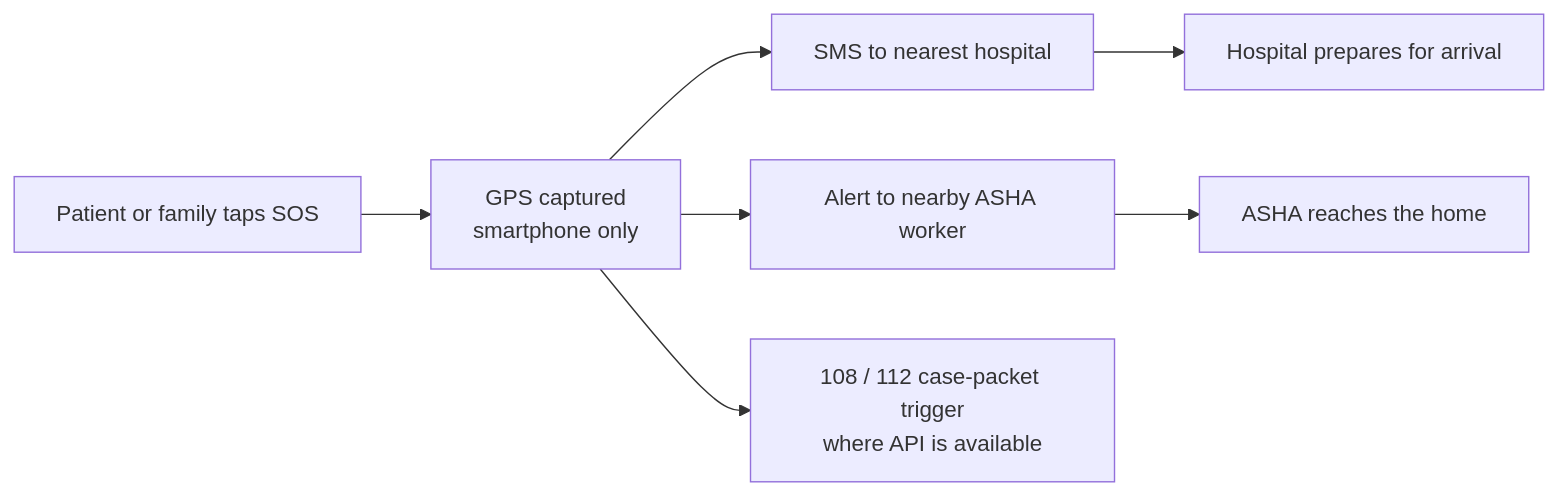
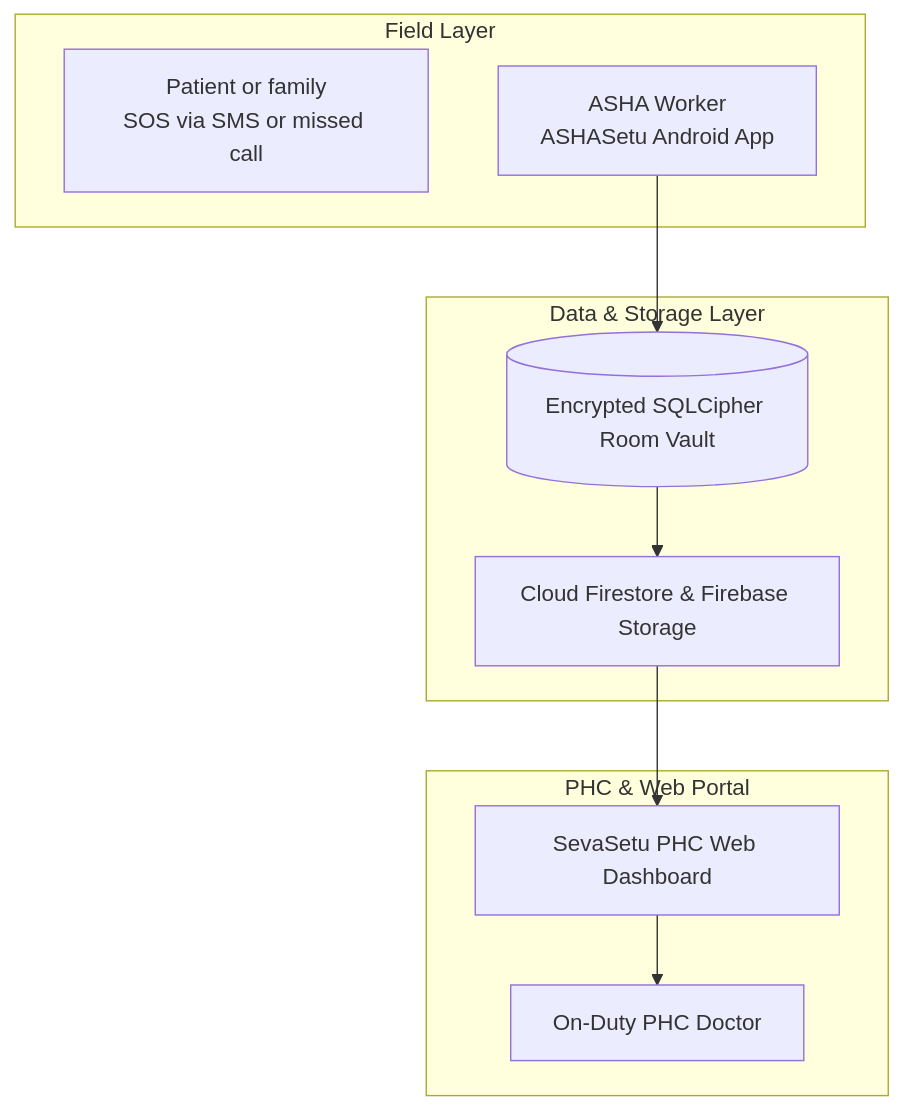
Before and after one commit to Yokesveren/SevaSetu-Team_Byteclub: the diagram in README.md, drawn with Mermaid. The commit also changed other lines of this file and 1 other file, not shown here.

Commit message:
docs: add APK download link, UI screenshots showcase, and field operating manual for ASHASetu Android app

````diff
--- a/README.md
+++ b/README.md
@@ -152,9 +238,19 @@
 ```mermaid
-flowchart LR
-    A["Patient or family taps SOS"] --> B["GPS captured<br/>smartphone only"]
-    B --> C["SMS to nearest hospital"]
-    B --> D["Alert to nearby ASHA worker"]
-    B --> E["108 / 112 case-packet trigger<br/>where API is available"]
-    C --> F["Hospital prepares for arrival"]
-    D --> G["ASHA reaches the home"]
+flowchart TD
+    subgraph FIELD["Field Layer"]
+        PAT["Patient or family<br/>SOS via SMS or missed call"]
+        ASHA["ASHA Worker<br/>ASHASetu Android App"]
+    end
+    subgraph DATA["Data & Storage Layer"]
+        DB[("Encrypted SQLCipher Room Vault")]
+        FS["Cloud Firestore & Firebase Storage"]
+    end
+    subgraph PHC["PHC & Web Portal"]
+        WEB["SevaSetu PHC Web Dashboard"]
+        DOC["On-Duty PHC Doctor"]
+    end
+    ASHA --> DB
+    DB --> FS
+    FS --> WEB
+    WEB --> DOC
 ```
````
